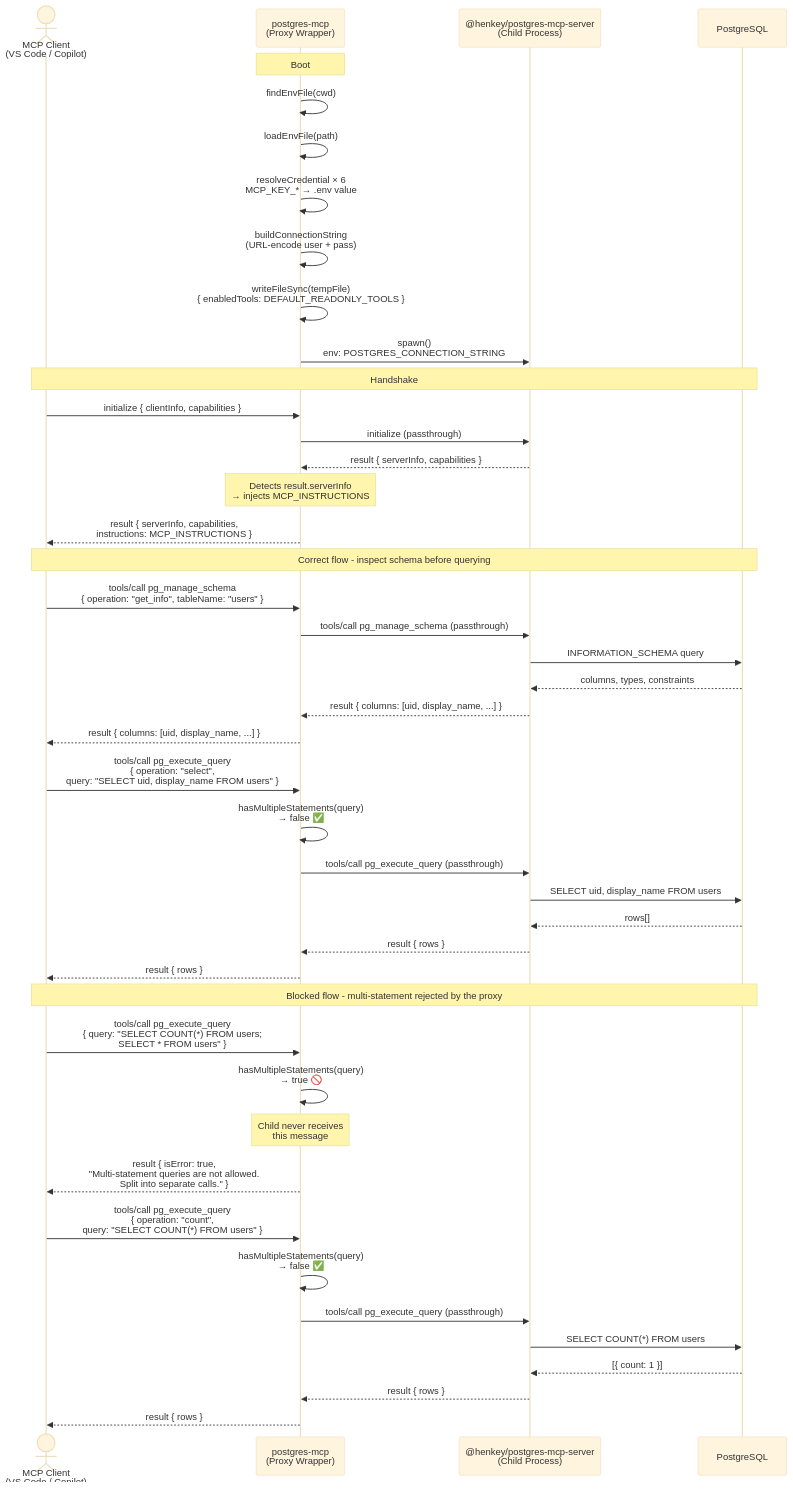
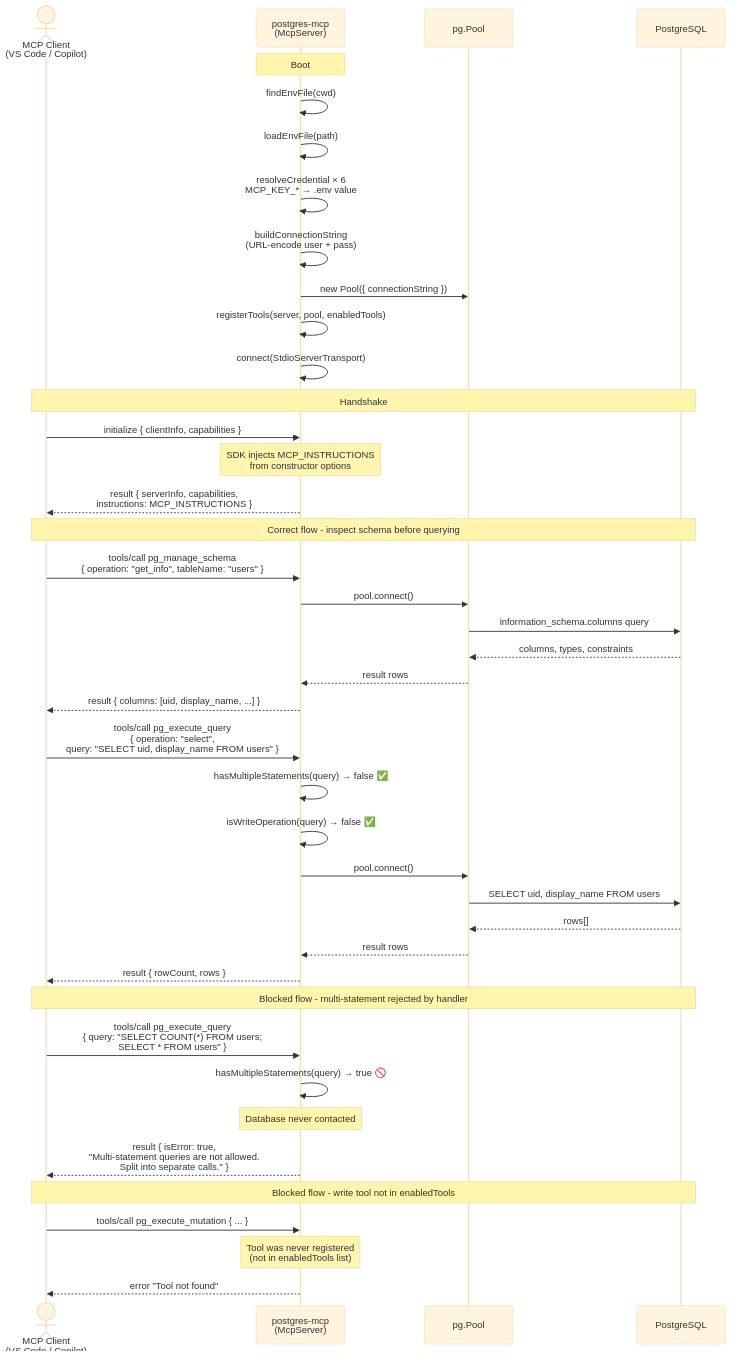
Before and after one commit to edelciomolina/postgres-mcp: the diagram in ARCHITECT.md, drawn with Mermaid (base theme). The commit also changed other lines of this file and 8 other files, not shown here.

````diff
--- a/ARCHITECT.md
+++ b/ARCHITECT.md
@@ -21,58 +22,55 @@
 ```mermaid
 sequenceDiagram
     actor Client as MCP Client<br/>(VS Code / Copilot)
-    participant Proxy as postgres-mcp<br/>(Proxy Wrapper)
-    participant Child as @henkey/postgres-mcp-server<br/>(Child Process)
+    participant Server as postgres-mcp<br/>(McpServer)
+    participant Pool as pg.Pool
     participant PG as PostgreSQL
 
     %% ── Boot ──────────────────────────────────────────────────────────
-    note over Proxy: Boot
-    Proxy->>Proxy: findEnvFile(cwd)
-    Proxy->>Proxy: loadEnvFile(path)
-    Proxy->>Proxy: resolveCredential × 6<br/>MCP_KEY_* → .env value
-    Proxy->>Proxy: buildConnectionString<br/>(URL-encode user + pass)
-    Proxy->>Proxy: writeFileSync(tempFile)<br/>{ enabledTools: DEFAULT_READONLY_TOOLS }
-    Proxy->>Child: spawn()<br/>env: POSTGRES_CONNECTION_STRING
+    note over Server: Boot
+    Server->>Server: findEnvFile(cwd)
+    Server->>Server: loadEnvFile(path)
+    Server->>Server: resolveCredential × 6<br/>MCP_KEY_* → .env value
+    Server->>Server: buildConnectionString<br/>(URL-encode user + pass)
+    Server->>Pool: new Pool({ connectionString })
+    Server->>Server: registerTools(server, pool, enabledTools)
+    Server->>Server: connect(StdioServerTransport)
 
     %% ── Handshake ─────────────────────────────────────────────────────
     note over Client,PG: Handshake
-    Client->>Proxy: initialize { clientInfo, capabilities }
-    Proxy->>Child: initialize (passthrough)
-    Child-->>Proxy: result { serverInfo, capabilities }
-    note over Proxy: Detects result.serverInfo<br/>→ injects MCP_INSTRUCTIONS
-    Proxy-->>Client: result { serverInfo, capabilities,<br/>instructions: MCP_INSTRUCTIONS }
+    Client->>Server: initialize { clientInfo, capabilities }
+    note over Server: SDK injects MCP_INSTRUCTIONS<br/>from constructor options
+    Server-->>Client: result { serverInfo, capabilities,<br/>instructions: MCP_INSTRUCTIONS }
 
     %% ── Schema check before query ─────────────────────────────────────
     note over Client,PG: Correct flow - inspect schema before querying
-    Client->>Proxy: tools/call pg_manage_schema<br/>{ operation: "get_info", tableName: "users" }
-    Proxy->>Child: tools/call pg_manage_schema (passthrough)
-    Child->>PG: INFORMATION_SCHEMA query
-    PG-->>Child: columns, types, constraints
-    Child-->>Proxy: result { columns: [uid, display_name, ...] }
-    Proxy-->>Client: result { columns: [uid, display_name, ...] }
+    Client->>Server: tools/call pg_manage_schema<br/>{ operation: "get_info", tableName: "users" }
+    Server->>Pool: pool.connect()
+    Pool->>PG: information_schema.columns query
+    PG-->>Pool: columns, types, constraints
+    Pool-->>Server: result rows
+    Server-->>Client: result { columns: [uid, display_name, ...] }
 
     %% ── Valid single query ────────────────────────────────────────────
-    Client->>Proxy: tools/call pg_execute_query<br/>{ operation: "select",<br/>  query: "SELECT uid, display_name FROM users" }
-    Proxy->>Proxy: hasMultipleStatements(query)<br/>→ false ✅
-    Proxy->>Child: tools/call pg_execute_query (passthrough)
-    Child->>PG: SELECT uid, display_name FROM users
-    PG-->>Child: rows[]
-    Child-->>Proxy: result { rows }
-    Proxy-->>Client: result { rows }
+    Client->>Server: tools/call pg_execute_query<br/>{ operation: "select",<br/>  query: "SELECT uid, display_name FROM users" }
+    Server->>Server: hasMultipleStatements(query) → false ✅
+    Server->>Server: isWriteOperation(query) → false ✅
+    Server->>Pool: pool.connect()
+    Pool->>PG: SELECT uid, display_name FROM users
+    PG-->>Pool: rows[]
+    Pool-->>Server: result rows
+    Server-->>Client: result { rowCount, rows }
 
     %% ── Multi-statement blocked ───────────────────────────────────────
-    note over Client,PG: Blocked flow - multi-statement rejected by the proxy
-    Client->>Proxy: tools/call pg_execute_query<br/>{ query: "SELECT COUNT(*) FROM users#59;<br/>  SELECT * FROM users" }
-    Proxy->>Proxy: hasMultipleStatements(query)<br/>→ true 🚫
-    note over Proxy: Child never receives<br/>this message
-    Proxy-->>Client: result { isError: true,<br/>"Multi-statement queries are not allowed.<br/>Split into separate calls." }
+    note over Client,PG: Blocked flow - multi-statement rejected by handler
+    Client->>Server: tools/call pg_execute_query<br/>{ query: "SELECT COUNT(*) FROM users#59;<br/>  SELECT * FROM users" }
+    Server->>Server: hasMultipleStatements(query) → true 🚫
+    note over Server: Database never contacted
+    Server-->>Client: result { isError: true,<br/>"Multi-statement queries are not allowed.<br/>Split into separate calls." }
 
-    %% ── Correct count ─────────────────────────────────────────────────
-    Client->>Proxy: tools/call pg_execute_query<br/>{ operation: "count",<br/>  query: "SELECT COUNT(*) FROM users" }
-    Proxy->>Proxy: hasMultipleStatements(query)<br/>→ false ✅
-    Proxy->>Child: tools/call pg_execute_query (passthrough)
-    Child->>PG: SELECT COUNT(*) FROM users
-    PG-->>Child: [{ count: 1 }]
-    Child-->>Proxy: result { rows }
-    Proxy-->>Client: result { rows }
+    %% ── Unregistered tool ─────────────────────────────────────────────
+    note over Client,PG: Blocked flow - write tool not in enabledTools
+    Client->>Server: tools/call pg_execute_mutation { ... }
+    note over Server: Tool was never registered<br/>(not in enabledTools list)
+    Server-->>Client: error "Tool not found"
 ```
````
